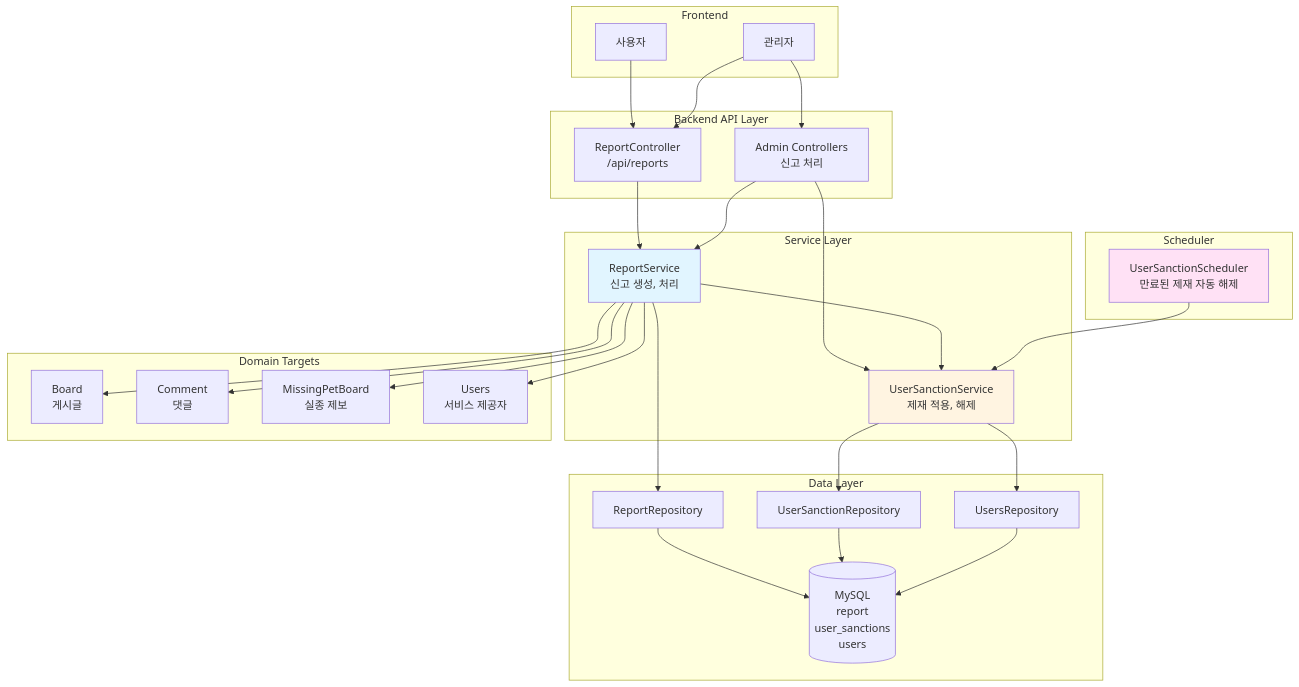
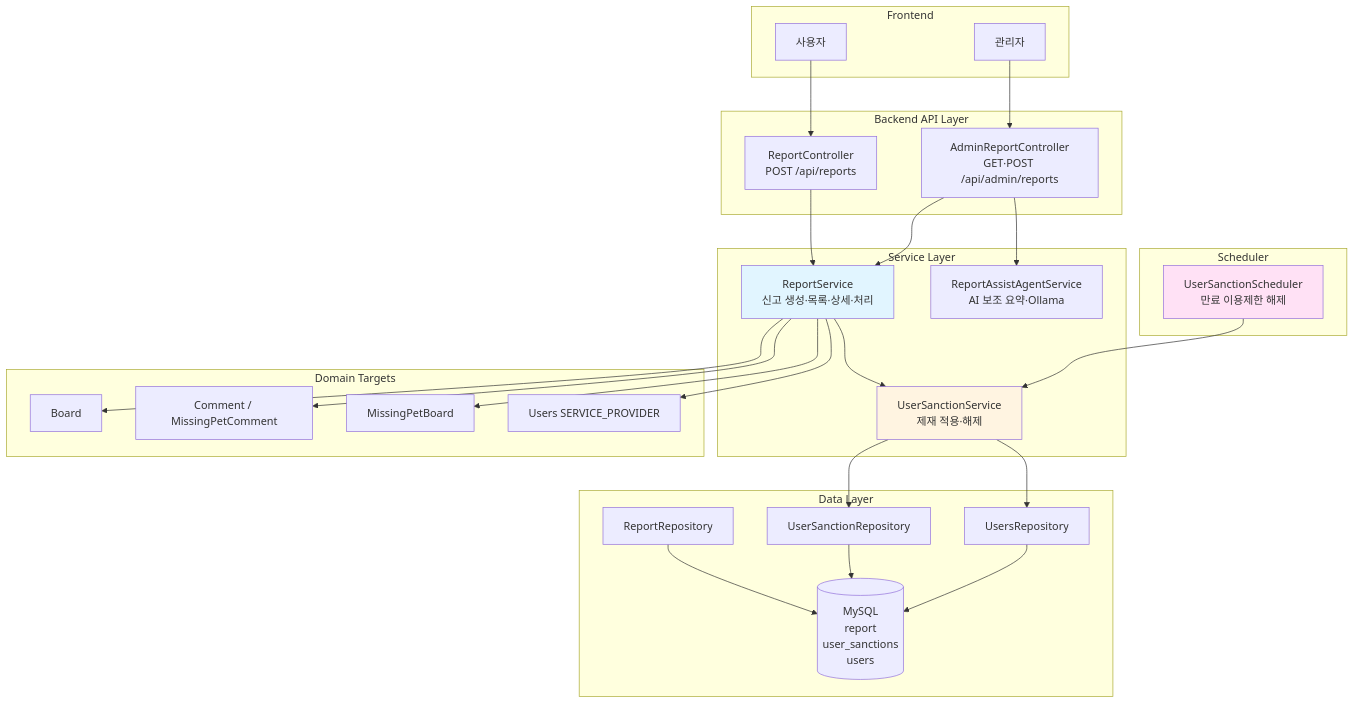
One commit to makkong1/Petory changed the first of 5 diagrams in docs/architecture/신고 및 제재 시스템 아키텍처.md. Above: the diagram before and after it, drawn with Mermaid. The commit also changed other lines of this file and 12 other files, not shown here.

Commit message:
docs(architecture): 도메인 아키텍처 문서를 최신 코드·API와 동기화

````diff
--- a/docs/architecture/신고 및 제재 시스템 아키텍처.md
+++ b/docs/architecture/신고 및 제재 시스템 아키텍처.md
@@ -11,63 +11,60 @@
 ```mermaid
 graph TB
     subgraph "Frontend"
         User[사용자]
         Admin[관리자]
     end
     
     subgraph "Backend API Layer"
-        RC[ReportController<br/>/api/reports]
-        AC[Admin Controllers<br/>신고 처리]
+        RC[ReportController<br/>POST /api/reports]
+        ARC[AdminReportController<br/>GET·POST /api/admin/reports]
     end
     
     subgraph "Service Layer"
-        RS[ReportService<br/>신고 생성, 처리]
-        USS[UserSanctionService<br/>제재 적용, 해제]
+        RS[ReportService<br/>신고 생성·목록·상세·처리]
+        RAS[ReportAssistAgentService<br/>AI 보조 요약·Ollama]
+        USS[UserSanctionService<br/>제재 적용·해제]
     end
     
     subgraph "Scheduler"
-        USSCH[UserSanctionScheduler<br/>만료된 제재 자동 해제]
+        USSCH[UserSanctionScheduler<br/>만료 이용제한 해제]
     end
     
     subgraph "Data Layer"
         RR[ReportRepository]
         USR[UserSanctionRepository]
         UR[UsersRepository]
         MySQL[(MySQL<br/>report<br/>user_sanctions<br/>users)]
     end
     
     subgraph "Domain Targets"
-        Board[Board<br/>게시글]
-        Comment[Comment<br/>댓글]
-        MissingPet[MissingPetBoard<br/>실종 제보]
-        Provider[Users<br/>서비스 제공자]
+        Board[Board]
+        Comment[Comment / MissingPetComment]
+        MissingPet[MissingPetBoard]
+        Provider[Users SERVICE_PROVIDER]
     end
     
     User --> RC
-    Admin --> AC
-    Admin --> RC
+    Admin --> ARC
     
     RC --> RS
-    AC --> RS
-    AC --> USS
-    
-    RS --> RR
+    ARC --> RS
+    ARC --> RAS
     RS --> USS
     USS --> USR
     USS --> UR
-    
     USSCH --> USS
     
     RR --> MySQL
     USR --> MySQL
     UR --> MySQL
     
     RS --> Board
     RS --> Comment
     RS --> MissingPet
     RS --> Provider
     
     style RS fill:#e1f5ff
     style USS fill:#fff4e1
     style USSCH fill:#ffe1f5
 ```
````
